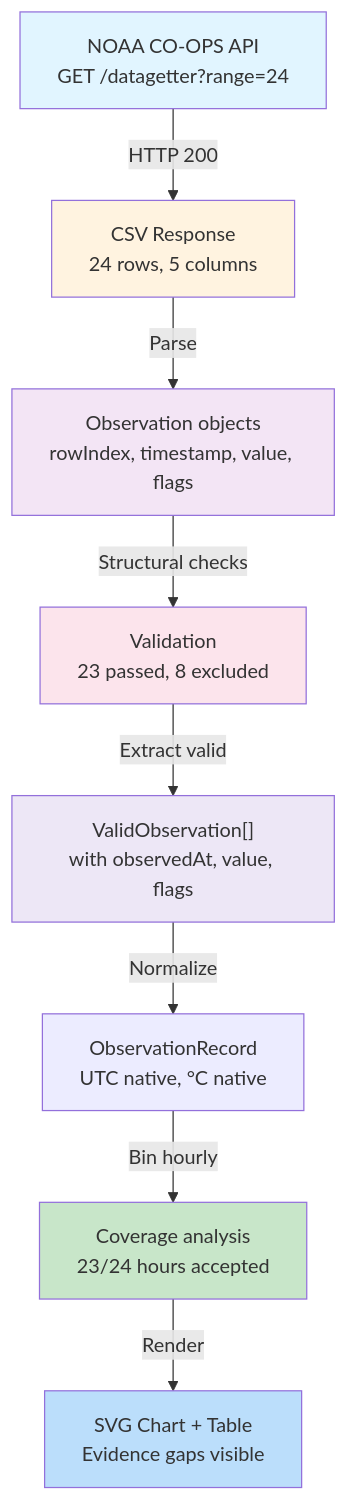
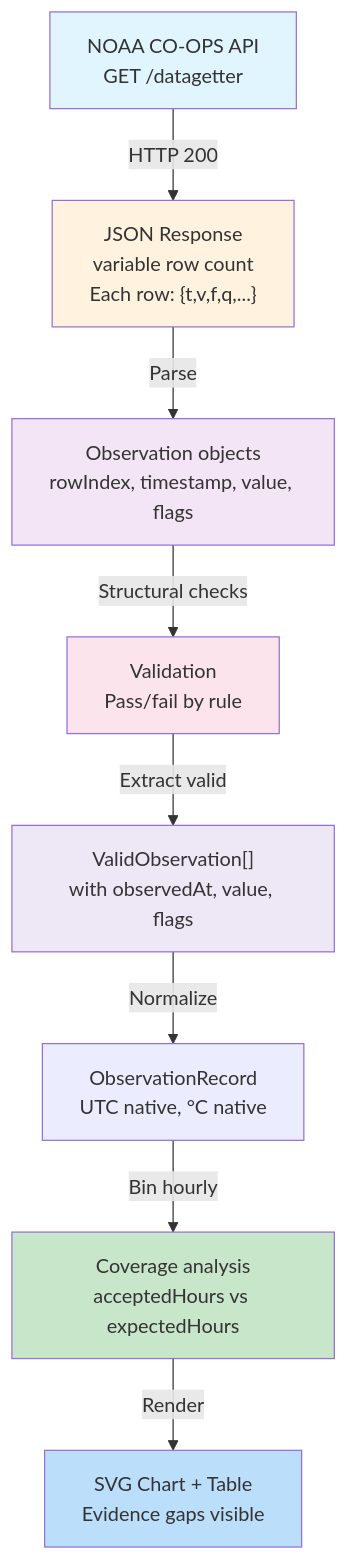
One commit to DanielBarletta81/strata-builds changed the diagram in docs/standards/SCIENTIFIC-INTEGRITY-CHARTER.md. Above: the diagram before and after it, drawn with Mermaid. The commit also changed other lines of this file, not shown here.

First line of the commit message:
docs(standards): Correct Charter principles 2,4,5,7 for accuracy

````diff
--- a/docs/standards/SCIENTIFIC-INTEGRITY-CHARTER.md
+++ b/docs/standards/SCIENTIFIC-INTEGRITY-CHARTER.md
@@ -327,18 +330,18 @@
 ```mermaid
 graph TD
-    A["NOAA CO-OPS API<br/>GET /datagetter?range=24"] -->|HTTP 200| B["CSV Response<br/>24 rows, 5 columns"]
+    A["NOAA CO-OPS API<br/>GET /datagetter"] -->|HTTP 200| B["JSON Response<br/>variable row count<br/>Each row: {t,v,f,q,...}"]
     B -->|Parse| C["Observation objects<br/>rowIndex, timestamp, value, flags"]
-    C -->|Structural checks| D["Validation<br/>23 passed, 8 excluded"]
+    C -->|Structural checks| D["Validation<br/>Pass/fail by rule"]
     D -->|Extract valid| E["ValidObservation[]<br/>with observedAt, value, flags"]
     E -->|Normalize| F["ObservationRecord<br/>UTC native, °C native"]
-    F -->|Bin hourly| G["Coverage analysis<br/>23/24 hours accepted"]
+    F -->|Bin hourly| G["Coverage analysis<br/>acceptedHours vs expectedHours"]
     G -->|Render| H["SVG Chart + Table<br/>Evidence gaps visible"]
     
     style A fill:#e1f5ff
     style B fill:#fff3e0
     style C fill:#f3e5f5
     style D fill:#fce4ec
     style E fill:#ede7f6
     style G fill:#c8e6c9
     style H fill:#bbdefb
 ```
````
